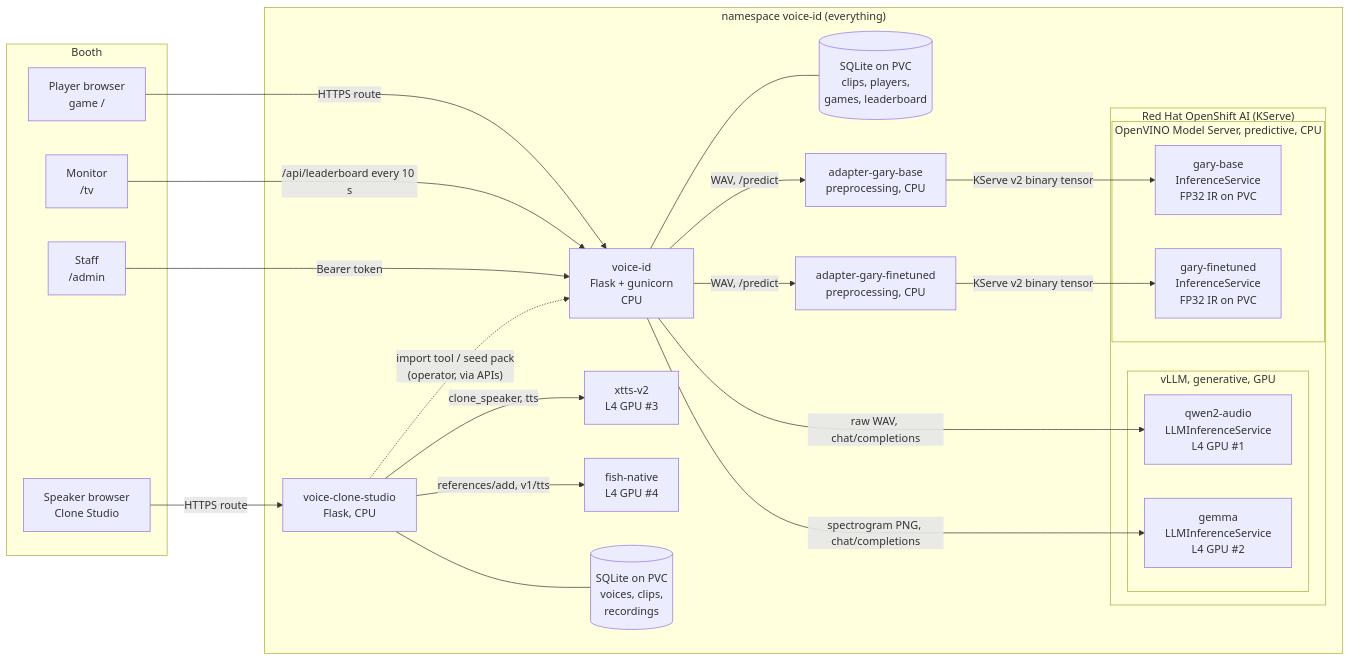
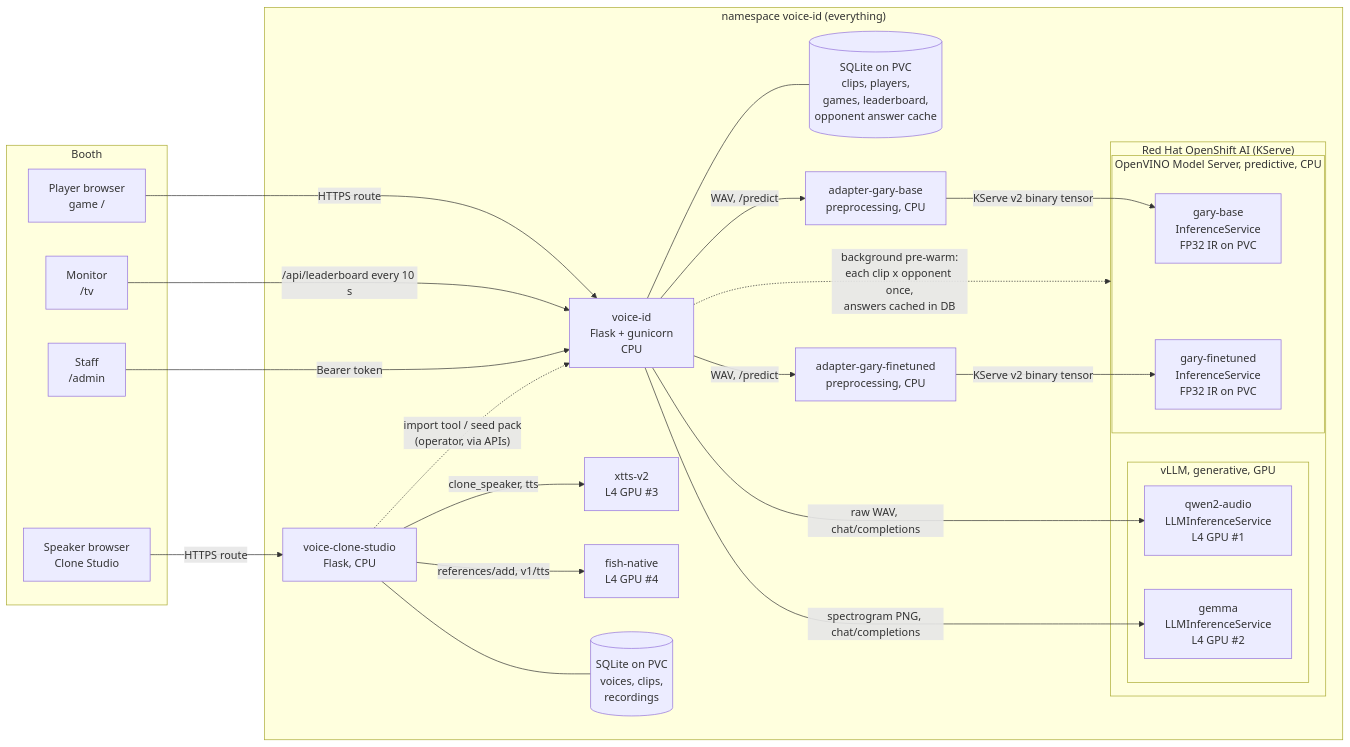
One commit to agiertli/voice-id changed the first of 4 diagrams in docs/ARCHITECTURE.md. Above: the diagram before and after it, drawn with Mermaid. The commit also changed 7 other files, not shown here.

Commit message:
voice-id v3.5.1: adapter + answer cache in all diagrams; auto cache warm after upload/import

````diff
--- a/docs/ARCHITECTURE.md
+++ b/docs/ARCHITECTURE.md
@@ -9,46 +9,47 @@
 ```mermaid
 flowchart LR
     subgraph Booth["Booth"]
         Player["Player browser<br/>game /"]
         TV["Monitor<br/>/tv"]
         Staff["Staff<br/>/admin"]
         Rec["Speaker browser<br/>Clone Studio"]
     end
 
     subgraph NS["namespace voice-id (everything)"]
         Game["voice-id<br/>Flask + gunicorn<br/>CPU"]
-        DB[("SQLite on PVC<br/>clips, players,<br/>games, leaderboard")]
+        DB[("SQLite on PVC<br/>clips, players,<br/>games, leaderboard,<br/>opponent answer cache")]
         subgraph RHOAI["Red Hat OpenShift AI (KServe)"]
             subgraph VLLM["vLLM, generative, GPU"]
                 Qwen["qwen2-audio<br/>LLMInferenceService<br/>L4 GPU #1"]
                 Gemma["gemma<br/>LLMInferenceService<br/>L4 GPU #2"]
             end
             subgraph OVMS["OpenVINO Model Server, predictive, CPU"]
                 GaryB["gary-base<br/>InferenceService<br/>FP32 IR on PVC"]
                 GaryF["gary-finetuned<br/>InferenceService<br/>FP32 IR on PVC"]
             end
         end
         AdB["adapter-gary-base<br/>preprocessing, CPU"]
         AdF["adapter-gary-finetuned<br/>preprocessing, CPU"]
         XTTS["xtts-v2<br/>L4 GPU #3"]
         Fish["fish-native<br/>L4 GPU #4"]
         Studio["voice-clone-studio<br/>Flask, CPU"]
         SDB[("SQLite on PVC<br/>voices, clips,<br/>recordings")]
     end
 
     Player -->|HTTPS route| Game
     TV -->|"/api/leaderboard every 10 s"| Game
     Staff -->|"Bearer token"| Game
     Game --- DB
+    Game -.->|"background pre-warm:<br/>each clip x opponent once,<br/>answers cached in DB"| RHOAI
     Game -->|"raw WAV, chat/completions"| Qwen
     Game -->|"spectrogram PNG, chat/completions"| Gemma
     Game -->|"WAV, /predict"| AdB
     Game -->|"WAV, /predict"| AdF
     AdB -->|"KServe v2 binary tensor"| GaryB
     AdF -->|"KServe v2 binary tensor"| GaryF
     Rec -->|HTTPS route| Studio
     Studio --- SDB
     Studio -->|"clone_speaker, tts"| XTTS
     Studio -->|"references/add, v1/tts"| Fish
     Studio -.->|"import tool / seed pack<br/>(operator, via APIs)"| Game
 ```
````
